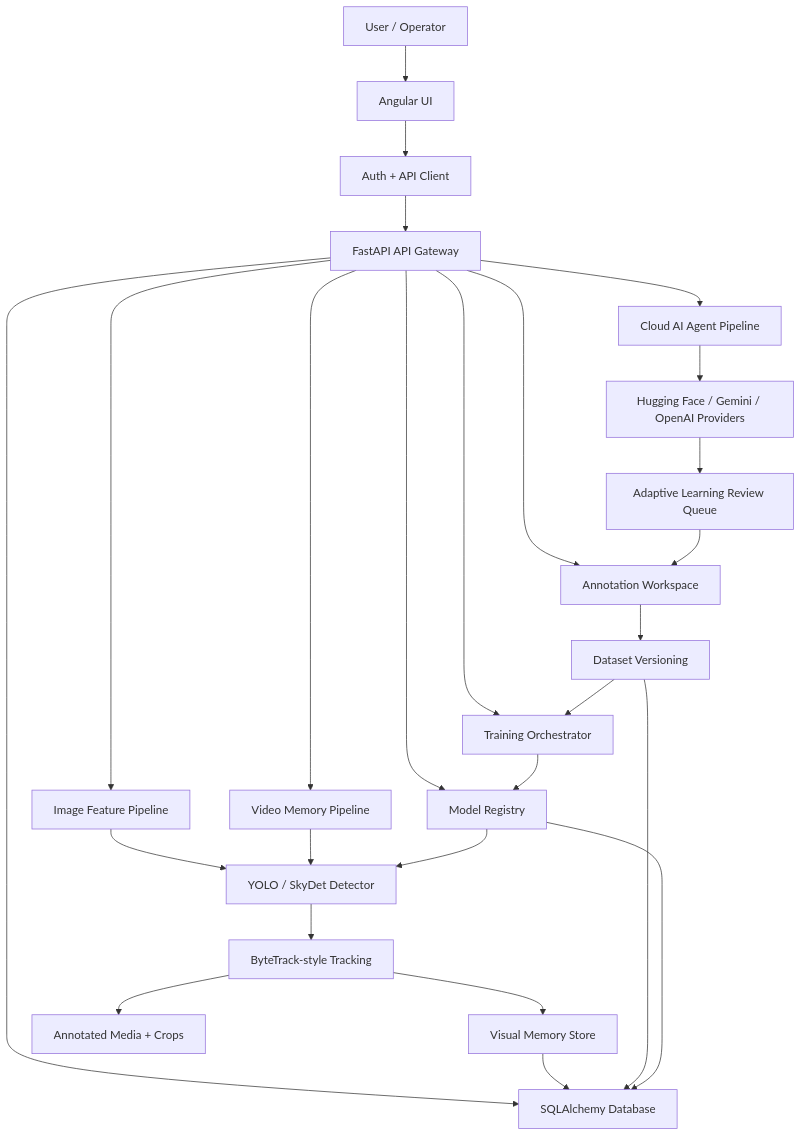
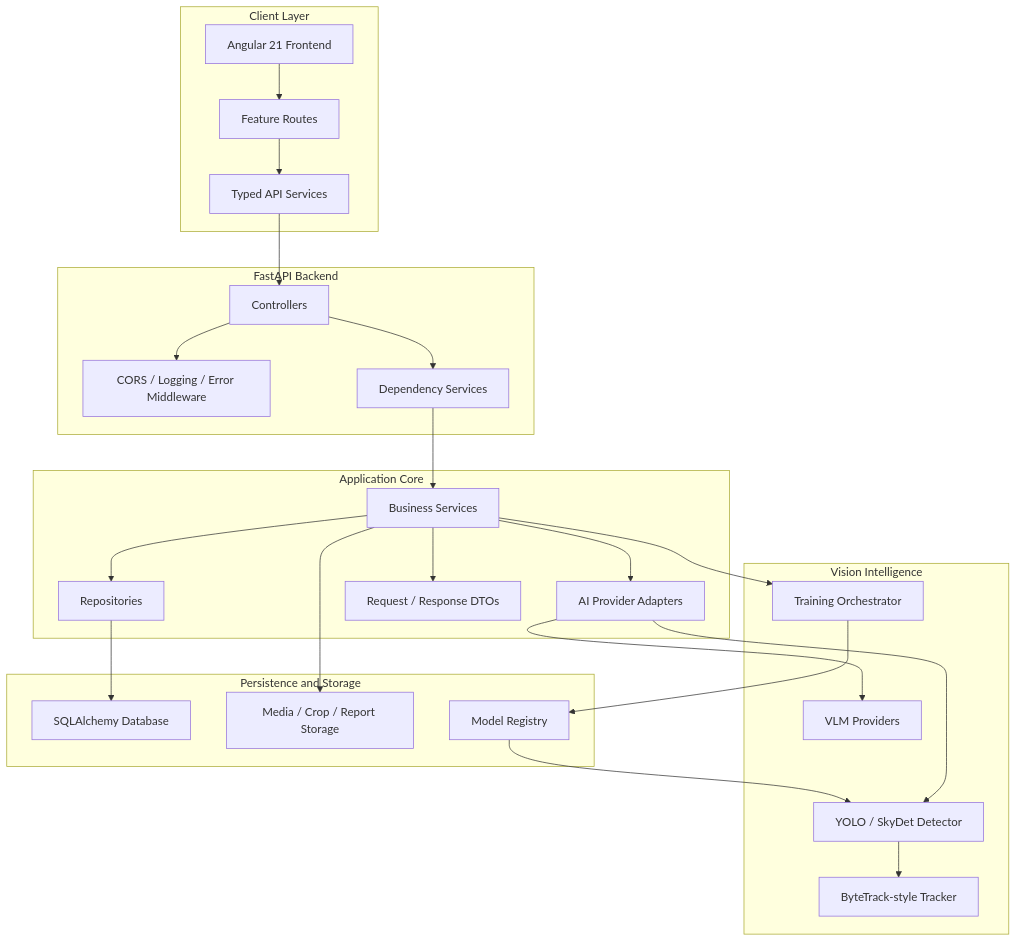
The first of 6 diagrams in README.md (zahidhasanriad1/visual_memory_system), drawn with Mermaid before and after one commit. The commit also changed other lines of this file, not shown here.

Commit message:
Enhance README architecture visuals

````diff
--- a/README.md
+++ b/README.md
@@ -23,33 +30,51 @@
 ```mermaid
-flowchart TD
-    User["User / Operator"] --> Angular["Angular UI"]
-    Angular --> Auth["Auth + API Client"]
-    Auth --> FastAPI["FastAPI API Gateway"]
+flowchart TB
+    subgraph Client["Client Layer"]
+        Angular["Angular 21 Frontend"]
+        Routes["Feature Routes"]
+        ApiClient["Typed API Services"]
+    end
 
-    FastAPI --> ImageFlow["Image Feature Pipeline"]
-    FastAPI --> VideoFlow["Video Memory Pipeline"]
-    FastAPI --> CloudAI["Cloud AI Agent Pipeline"]
-    FastAPI --> Annotation["Annotation Workspace"]
-    FastAPI --> Training["Training Orchestrator"]
-    FastAPI --> Registry["Model Registry"]
+    subgraph API["FastAPI Backend"]
+        Controllers["Controllers"]
+        Middleware["CORS / Logging / Error Middleware"]
+        DI["Dependency Services"]
+    end
 
-    ImageFlow --> Detector["YOLO / SkyDet Detector"]
-    VideoFlow --> Detector
-    Detector --> Tracker["ByteTrack-style Tracking"]
-    Tracker --> Memory["Visual Memory Store"]
-    Tracker --> Media["Annotated Media + Crops"]
+    subgraph Domain["Application Core"]
+        Services["Business Services"]
+        AIProviders["AI Provider Adapters"]
+        Repositories["Repositories"]
+        DTOs["Request / Response DTOs"]
+    end
 
-    CloudAI --> VLM["Hugging Face / Gemini / OpenAI Providers"]
-    VLM --> Adaptive["Adaptive Learning Review Queue"]
-    Adaptive --> Annotation
+    subgraph Intelligence["Vision Intelligence"]
+        Detector["YOLO / SkyDet Detector"]
+        Tracker["ByteTrack-style Tracker"]
+        VLM["VLM Providers"]
+        Trainer["Training Orchestrator"]
+    end
 
-    Annotation --> Dataset["Dataset Versioning"]
-    Dataset --> Training
-    Training --> Registry
+    subgraph Persistence["Persistence and Storage"]
+        Database["SQLAlchemy Database"]
+        MediaStore["Media / Crop / Report Storage"]
+        Registry["Model Registry"]
+    end
+
+    Angular --> Routes --> ApiClient
+    ApiClient --> Controllers
+    Controllers --> Middleware
+    Controllers --> DI
+    DI --> Services
+    Services --> DTOs
+    Services --> AIProviders
+    Services --> Repositories
+    AIProviders --> Detector
+    AIProviders --> VLM
+    Detector --> Tracker
+    Services --> Trainer
+    Repositories --> Database
+    Services --> MediaStore
+    Trainer --> Registry
     Registry --> Detector
-
-    FastAPI --> Database["SQLAlchemy Database"]
-    Memory --> Database
-    Dataset --> Database
-    Registry --> Database
 ```
````
